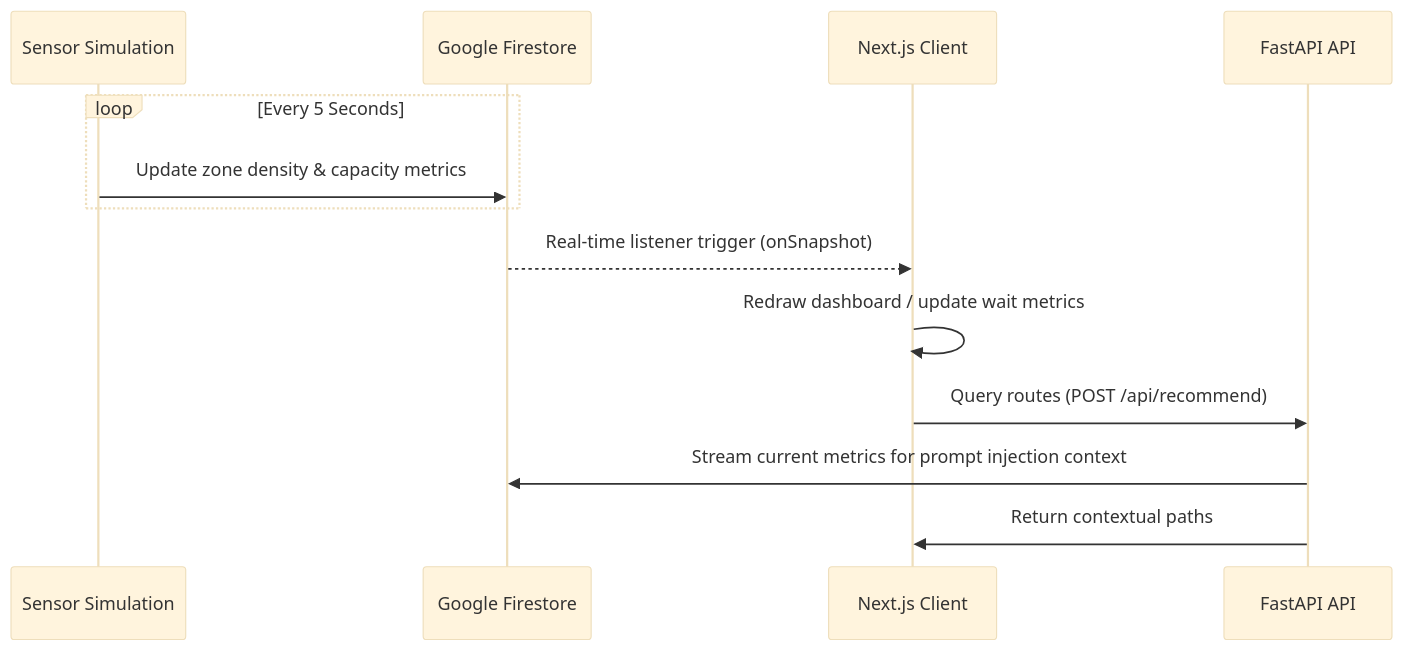
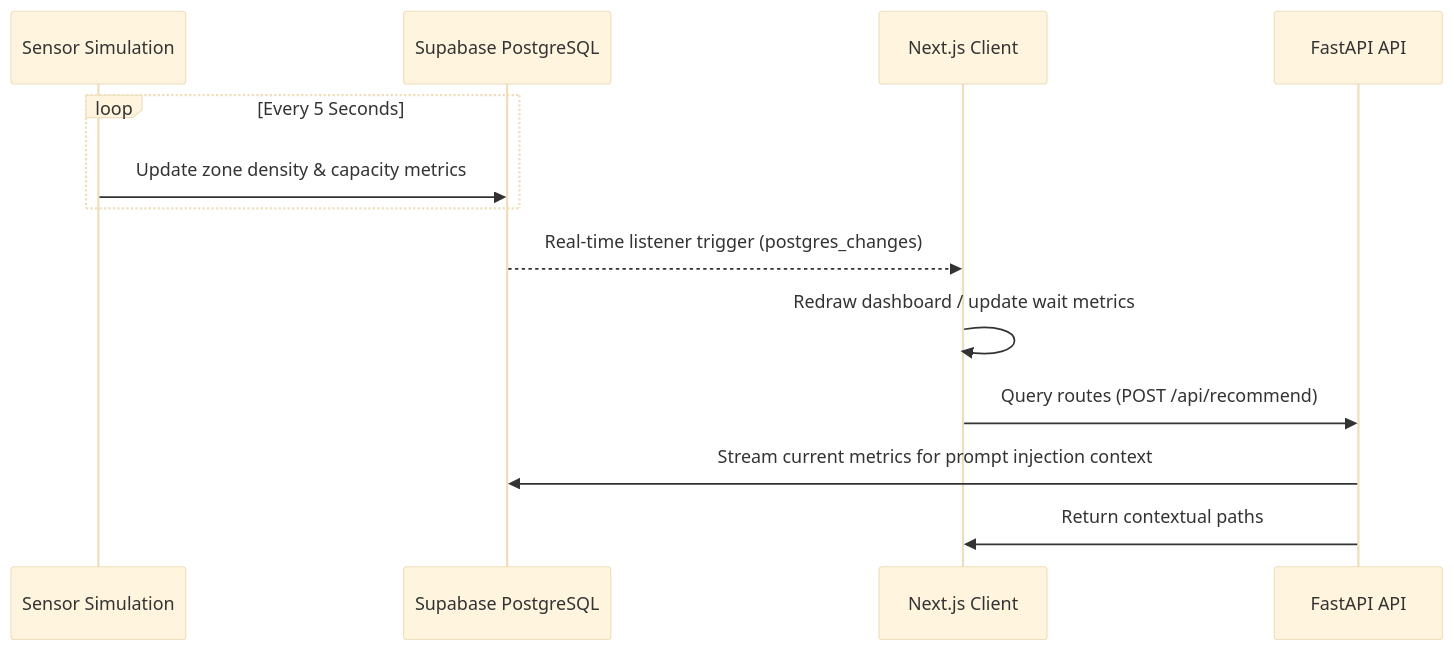
Before and after one commit to kapil31jangid/stadiumos-ai: the second of 5 diagrams in README.md, drawn with Mermaid (base theme). The commit also changed other lines of this file and 49 other files, not shown here.

Commit message:
migrate backend and frontend to Supabase by replacing Firebase integration and implementing PostgreSQL schemas with repository-based data handling.

````diff
--- a/README.md
+++ b/README.md
@@ -111,16 +131,16 @@
 ```mermaid
 sequenceDiagram
     participant S as Sensor Simulation
-    participant DB as Google Firestore
+    participant DB as Supabase PostgreSQL
     participant FE as Next.js Client
     participant BE as FastAPI API
     
     loop Every 5 Seconds
         S->>DB: Update zone density & capacity metrics
     end
-    DB-->>FE: Real-time listener trigger (onSnapshot)
+    DB-->>FE: Real-time listener trigger (postgres_changes)
     FE->>FE: Redraw dashboard / update wait metrics
     FE->>BE: Query routes (POST /api/recommend)
     BE->>DB: Stream current metrics for prompt injection context
     BE->>FE: Return contextual paths
 ```
````
